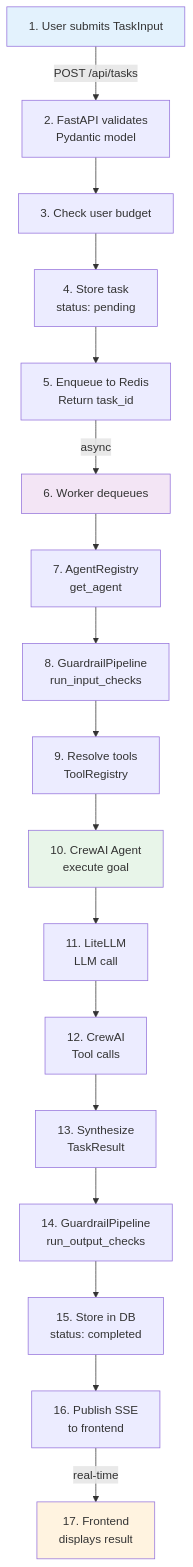
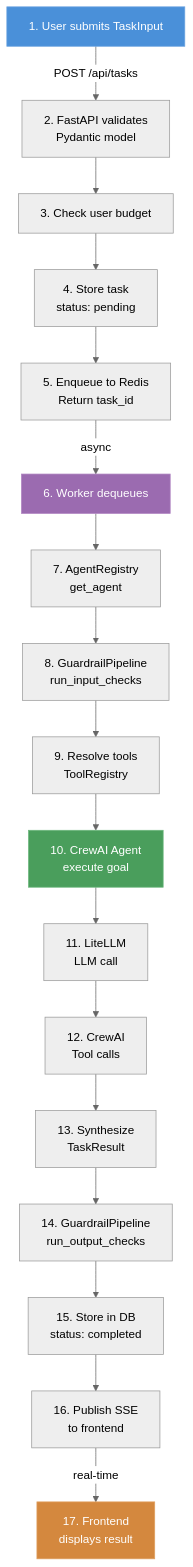
The sixth of 7 diagrams in docs/system-architecture.md (phucsystem/agent-foundry), drawn with Mermaid before and after one commit. The commit also changed other lines of this file, not shown here.

First line of the commit message:
docs: update mermaid diagrams for dark theme compatibility

````diff
--- a/docs/system-architecture.md
+++ b/docs/system-architecture.md
@@ -392,26 +397,27 @@
 ```mermaid
+%%{init: {'theme': 'neutral'}}%%
 graph TD
     A["1. User submits TaskInput"] -->|POST /api/tasks| B["2. FastAPI validates<br/>Pydantic model"]
     B --> C["3. Check user budget"]
     C --> D["4. Store task<br/>status: pending"]
     D --> E["5. Enqueue to Redis<br/>Return task_id"]
 
     E -->|async| F["6. Worker dequeues"]
     F --> G["7. AgentRegistry<br/>get_agent"]
     G --> H["8. GuardrailPipeline<br/>run_input_checks"]
     H --> I["9. Resolve tools<br/>ToolRegistry"]
     I --> J["10. CrewAI Agent<br/>execute goal"]
     J --> K["11. LiteLLM<br/>LLM call"]
     K --> L["12. CrewAI<br/>Tool calls"]
     L --> M["13. Synthesize<br/>TaskResult"]
     M --> N["14. GuardrailPipeline<br/>run_output_checks"]
     N --> O["15. Store in DB<br/>status: completed"]
     O --> P["16. Publish SSE<br/>to frontend"]
 
     P -->|real-time| Q["17. Frontend<br/>displays result"]
 
-    style A fill:#e3f2fd
-    style F fill:#f3e5f5
-    style J fill:#e8f5e9
-    style Q fill:#fff3e0
+    style A fill:#4a90d9,stroke:#6ba3e0,color:#fff
+    style F fill:#9b6bb0,stroke:#b085c2,color:#fff
+    style J fill:#4a9e5c,stroke:#6db87e,color:#fff
+    style Q fill:#d4883e,stroke:#e0a060,color:#fff
 ```
````
